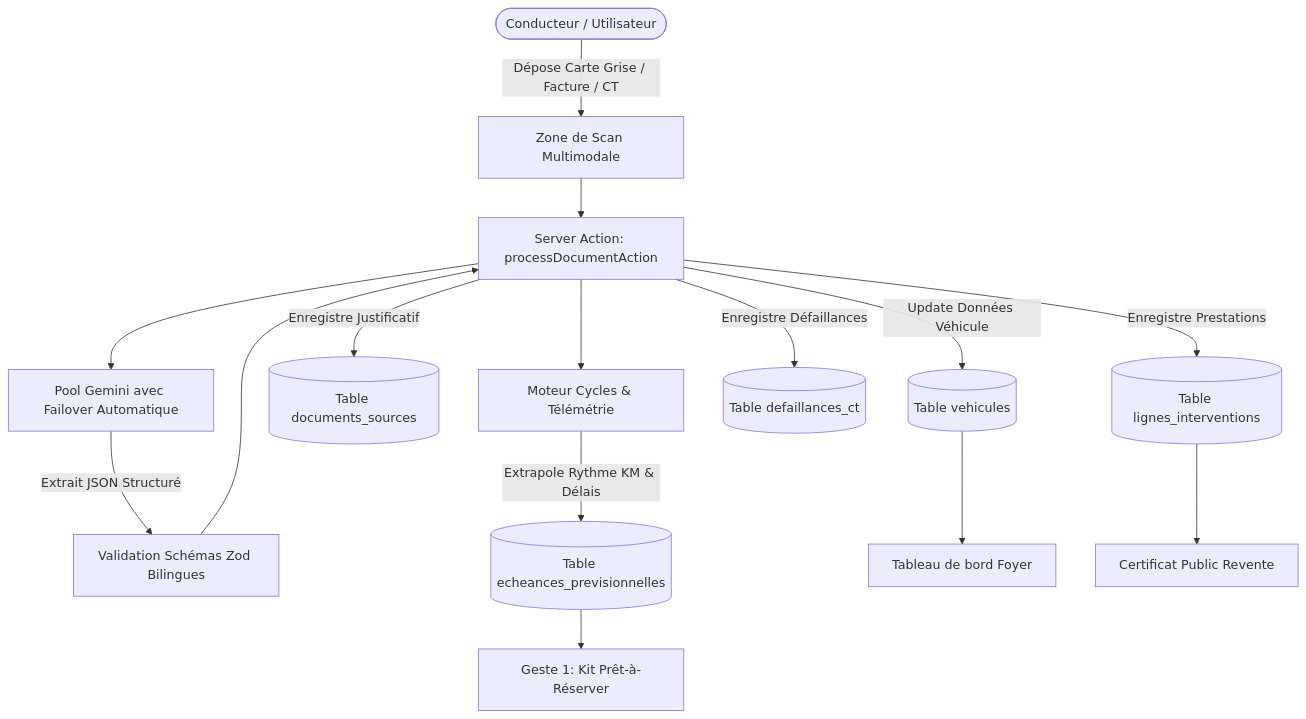
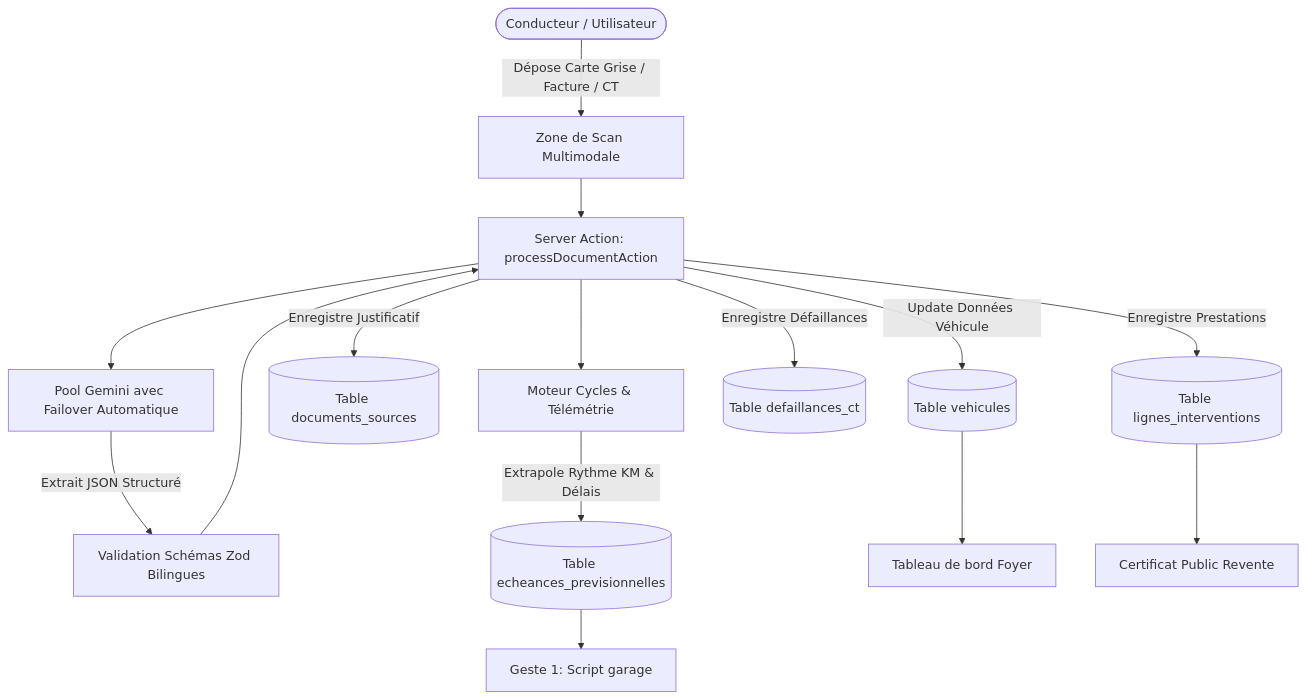
Before and after one commit to GenoaAI/lavigieauto: the first of 2 diagrams in ARCHITECTURE.md, drawn with Mermaid. The commit also changed 15 other files, not shown here.

Commit message:
feat(ui): finetuning navigation, script garage label and public certificate 404 fix

````diff
--- a/ARCHITECTURE.md
+++ b/ARCHITECTURE.md
@@ -9,21 +9,21 @@
 ```mermaid
 graph TD
     User([Conducteur / Utilisateur]) -->|Dépose Carte Grise / Facture / CT| Dropzone[Zone de Scan Multimodale]
     Dropzone --> Action[Server Action: processDocumentAction]
     
     Action --> GeminiPool[Pool Gemini avec Failover Automatique]
     GeminiPool -->|Extrait JSON Structuré| ZodSchemas[Validation Schémas Zod Bilingues]
     
     ZodSchemas --> Action
     Action -->|Update Données Véhicule| DB_Vehicules[(Table vehicules)]
     Action -->|Enregistre Justificatif| DB_Docs[(Table documents_sources)]
     Action -->|Enregistre Prestations| DB_Interventions[(Table lignes_interventions)]
     Action -->|Enregistre Défaillances| DB_Defaillances[(Table defaillances_ct)]
     
     Action --> EngineCycles[Moteur Cycles & Télémétrie]
     EngineCycles -->|Extrapole Rythme KM & Délais| DB_Echeances[(Table echeances_previsionnelles)]
     
     DB_Vehicules --> Dashboard[Tableau de bord Foyer]
-    DB_Echeances --> KitRDV[Geste 1: Kit Prêt-à-Réserver]
+    DB_Echeances --> KitRDV[Geste 1: Script garage]
     DB_Interventions --> PublicCert[Certificat Public Revente]
 ```
````
